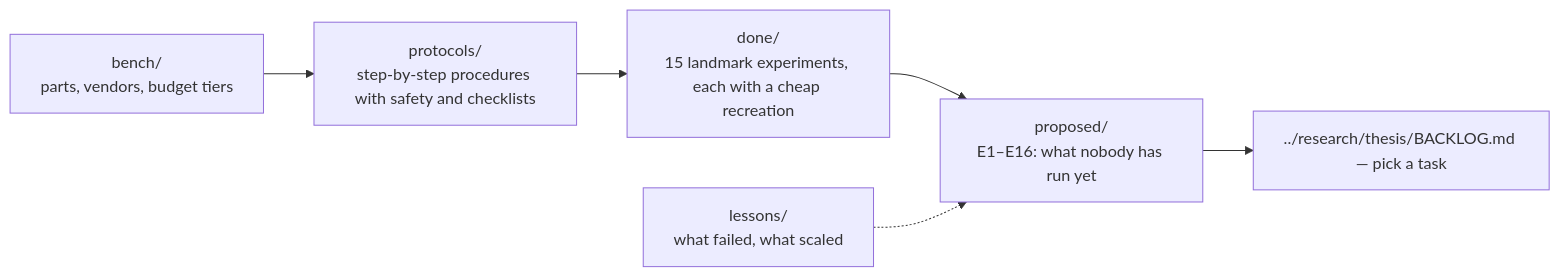
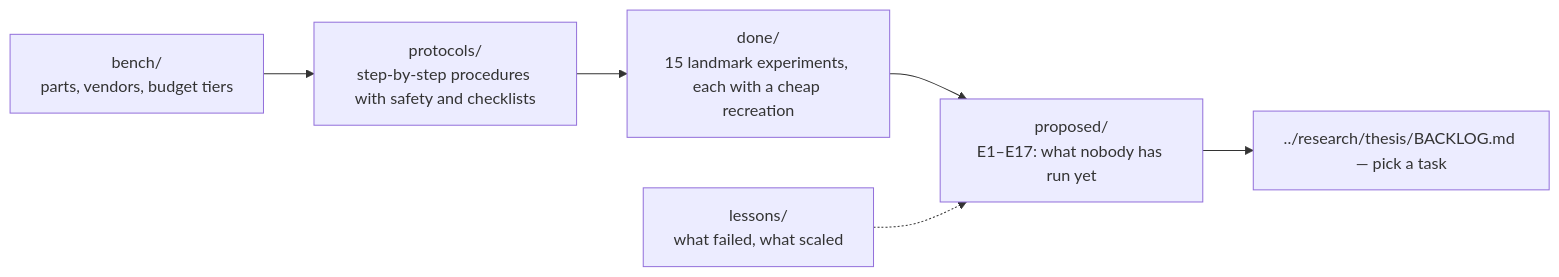
The diagram in experiments/README.md (Normansrule/quantum-link-research), drawn with Mermaid before and after one commit. The commit also changed other lines of this file and 101 other files, not shown here.

````diff
--- a/experiments/README.md
+++ b/experiments/README.md
@@ -7,8 +9,8 @@
 ```mermaid
 flowchart LR
   B["bench/<br/>parts, vendors, budget tiers"] --> P["protocols/<br/>step-by-step procedures with safety and checklists"]
   P --> D["done/<br/>15 landmark experiments, each with a cheap recreation"]
-  D --> X["proposed/<br/>E1–E16: what nobody has run yet"]
+  D --> X["proposed/<br/>E1–E17: what nobody has run yet"]
   L["lessons/<br/>what failed, what scaled"] -.-> X
   X --> R["../research/thesis/BACKLOG.md — pick a task"]
 ```
````
